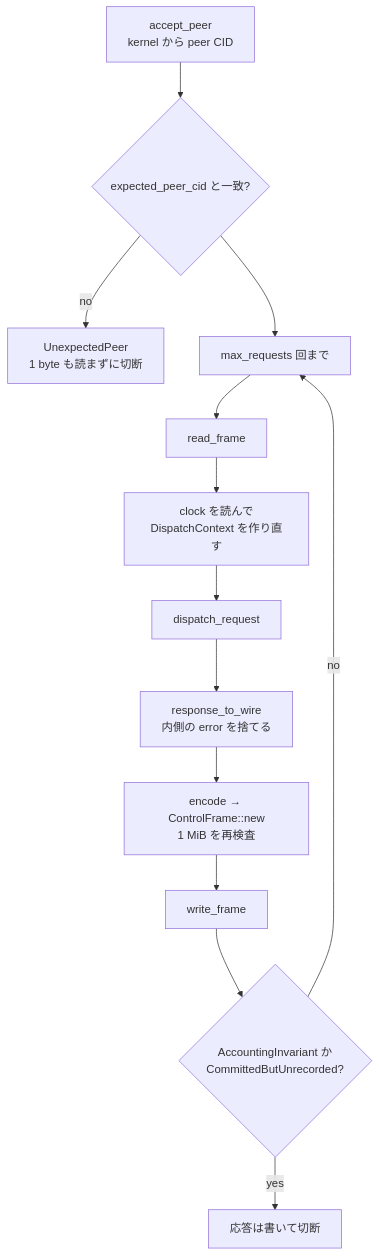
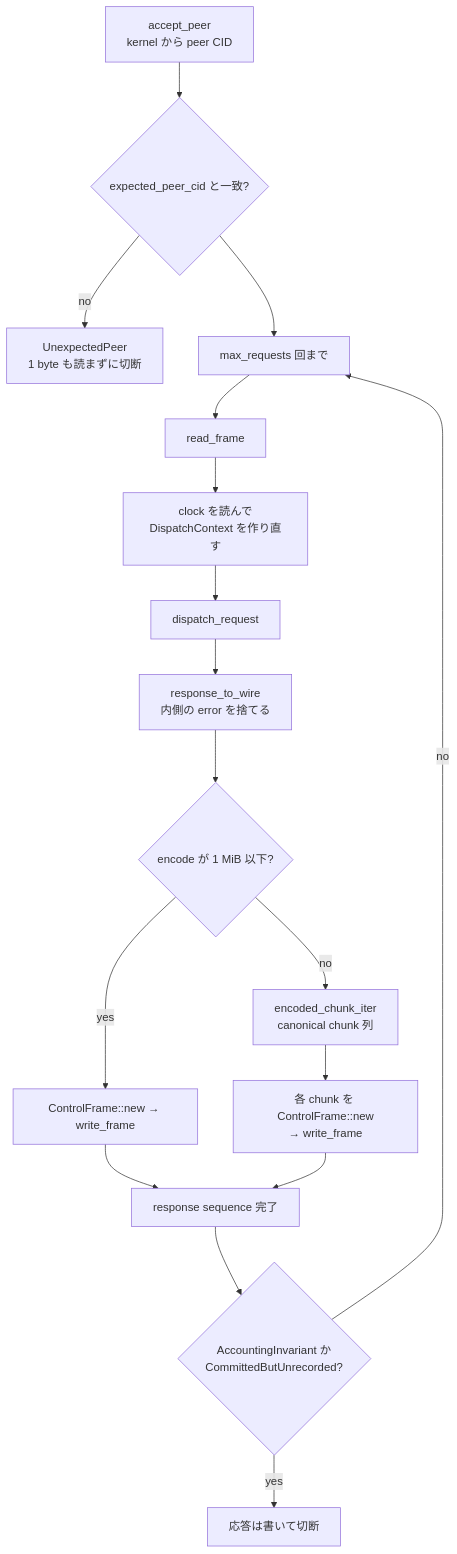
Before and after one commit to Aqua-218/SecCamp-AIAgent: the diagram in docs/egress-broker/server.md, drawn with Mermaid. The commit also changed other lines of this file, not shown here.

First line of the commit message:
docs(egress-broker): distinguish a logical response from a frame

````diff
--- a/docs/egress-broker/server.md
+++ b/docs/egress-broker/server.md
@@ -25,15 +25,19 @@
 ```mermaid
 flowchart TB
     acc["accept_peer<br/>kernel から peer CID"] --> cid{"expected_peer_cid と一致?"}
     cid -->|no| drop["UnexpectedPeer<br/>1 byte も読まずに切断"]
     cid --> loop["max_requests 回まで"]
     loop --> rd["read_frame"]
     rd --> ctx["clock を読んで<br/>DispatchContext を作り直す"]
     ctx --> disp["dispatch_request"]
     disp --> wire["response_to_wire<br/>内側の error を捨てる"]
-    wire --> enc["encode → ControlFrame::new<br/>1 MiB を再検査"]
-    enc --> wr["write_frame"]
+    wire --> enc{"encode が 1 MiB 以下?"}
+    enc -->|yes| one["ControlFrame::new → write_frame"]
+    enc -->|no| chunks["encoded_chunk_iter<br/>canonical chunk 列"]
+    chunks --> many["各 chunk を ControlFrame::new<br/>→ write_frame"]
+    one --> wr["response sequence 完了"]
+    many --> wr
     wr --> ai{"AccountingInvariant か<br/>CommittedButUnrecorded?"}
     ai -->|yes| close["応答は書いて切断"]
     ai -->|no| loop
 ```
````
